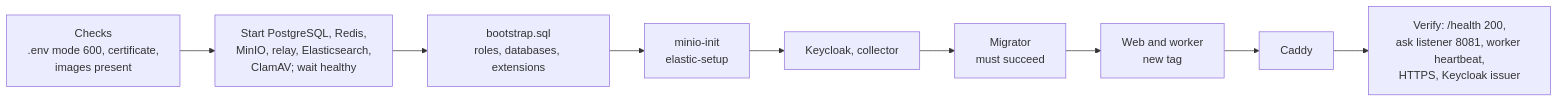
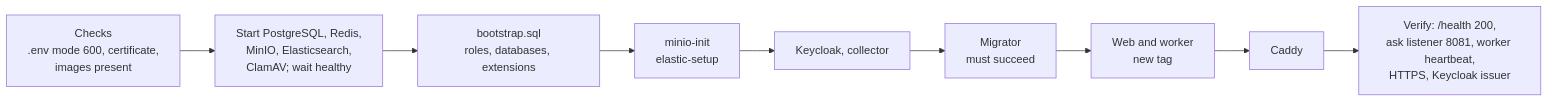
Before and after one commit to AhmedAssaf/ERP: the third of 3 diagrams in docs/19-pilot-runbook.md, drawn with Mermaid. The commit also changed other lines of this file and 21 other files, not shown here.

First line of the commit message:
feat(email): SMTP login with enforced TLS; pilot drops the mail relay; Tailwind CLI per architecture for arm64 builds (#25)

````diff
--- a/docs/19-pilot-runbook.md
+++ b/docs/19-pilot-runbook.md
@@ -244,11 +260,11 @@
 ```mermaid
 flowchart LR
-    A["Checks<br/>.env mode 600, certificate,<br/>images present"] --> B["Start PostgreSQL, Redis,<br/>MinIO, relay, Elasticsearch,<br/>ClamAV; wait healthy"]
+    A["Checks<br/>.env mode 600, certificate,<br/>images present"] --> B["Start PostgreSQL, Redis,<br/>MinIO, Elasticsearch,<br/>ClamAV; wait healthy"]
     B --> C["bootstrap.sql<br/>roles, databases, extensions"]
     C --> D["minio-init<br/>elastic-setup"]
     D --> E["Keycloak, collector"]
     E --> F["Migrator<br/>must succeed"]
     F --> G["Web and worker<br/>new tag"]
     G --> H["Caddy"]
     H --> I["Verify: /health 200,<br/>ask listener 8081, worker heartbeat,<br/>HTTPS, Keycloak issuer"]
 ```
````
